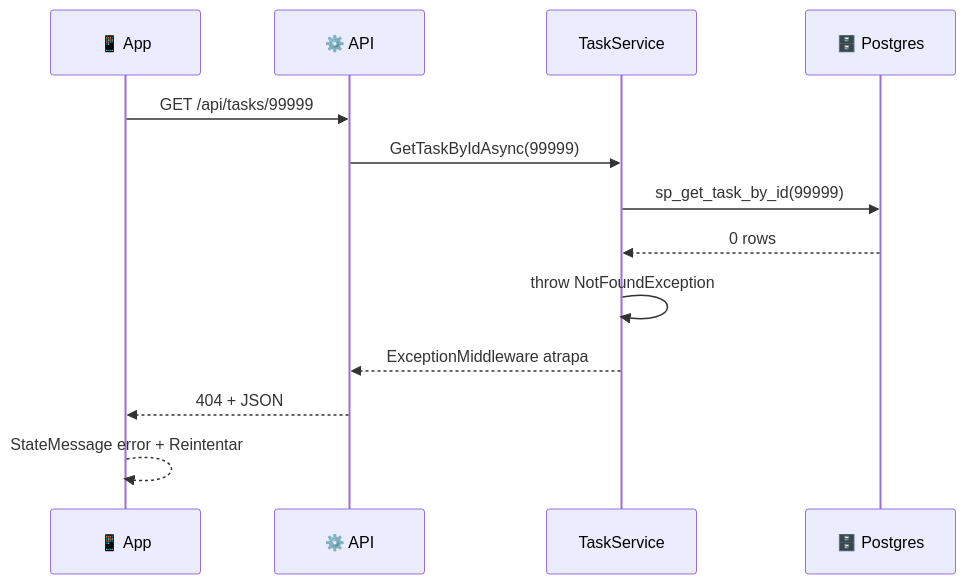
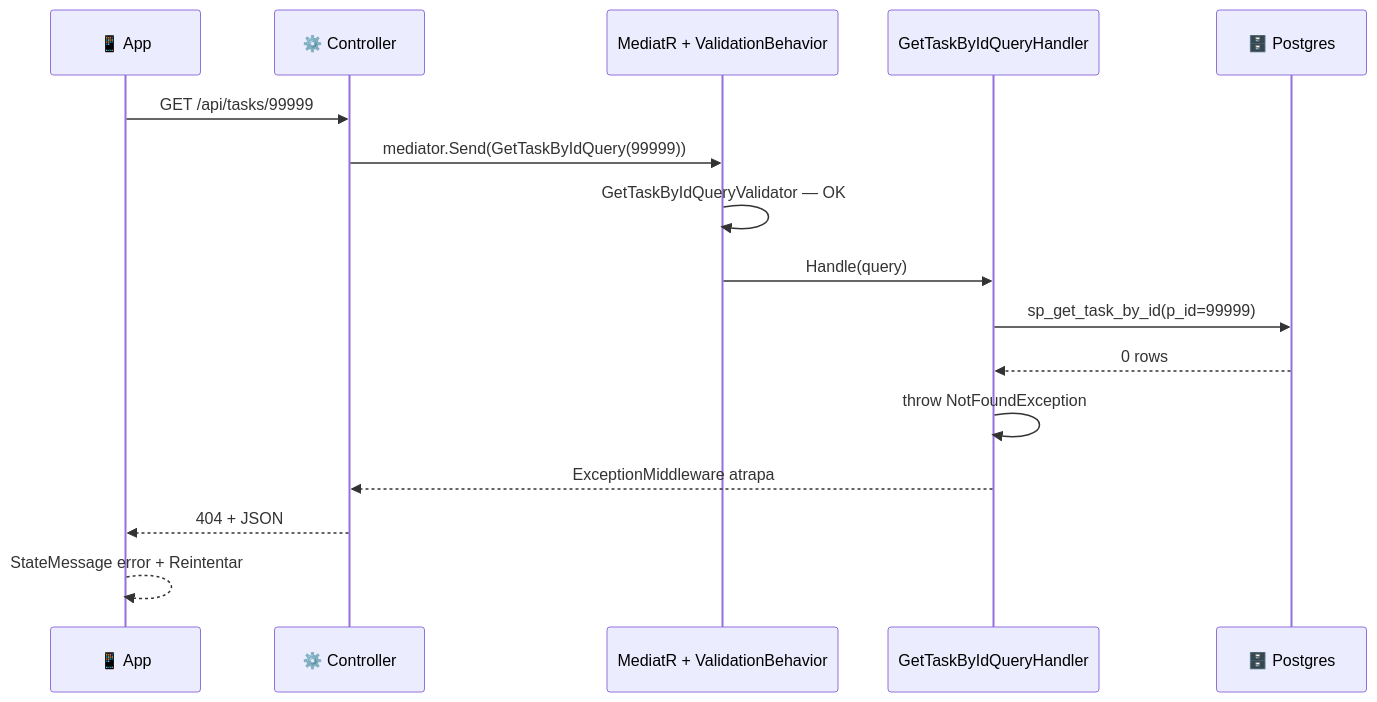
The fourth of 4 diagrams in docs/communication.md (fabricioferiozzi96/task-manager-challenge), drawn with Mermaid before and after one commit. The commit also changed other lines of this file and 5 other files, not shown here.

````diff
--- a/docs/communication.md
+++ b/docs/communication.md
@@ -35,16 +55,19 @@
 ```mermaid
 sequenceDiagram
     participant App as 📱 App
-    participant API as ⚙️ API
-    participant Svc as TaskService
+    participant API as ⚙️ Controller
+    participant MED as MediatR + ValidationBehavior
+    participant QH as GetTaskByIdQueryHandler
     participant DB as 🗄️ Postgres
 
     App->>API: GET /api/tasks/99999
-    API->>Svc: GetTaskByIdAsync(99999)
-    Svc->>DB: sp_get_task_by_id(99999)
-    DB-->>Svc: 0 rows
-    Svc->>Svc: throw NotFoundException
-    Svc-->>API: ExceptionMiddleware atrapa
+    API->>MED: mediator.Send(GetTaskByIdQuery(99999))
+    MED->>MED: GetTaskByIdQueryValidator — OK
+    MED->>QH: Handle(query)
+    QH->>DB: sp_get_task_by_id(p_id=99999)
+    DB-->>QH: 0 rows
+    QH->>QH: throw NotFoundException
+    QH-->>API: ExceptionMiddleware atrapa
     API-->>App: 404 + JSON
     App-->>App: StateMessage error + Reintentar
 ```
````
